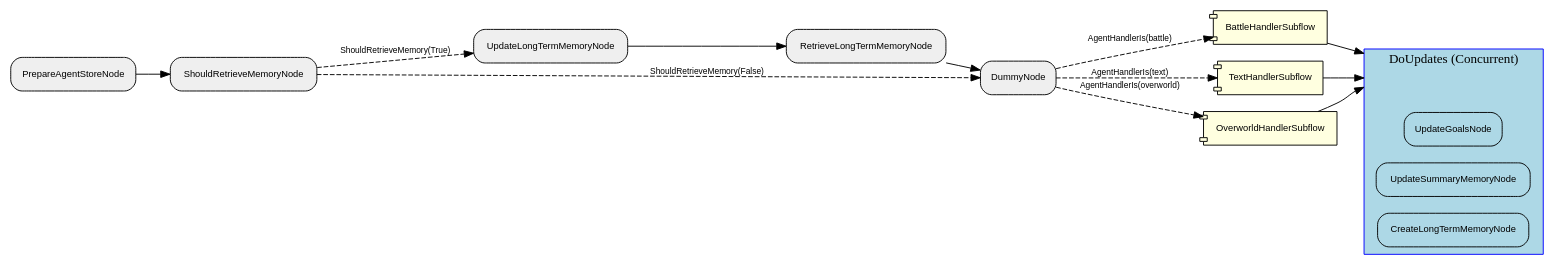
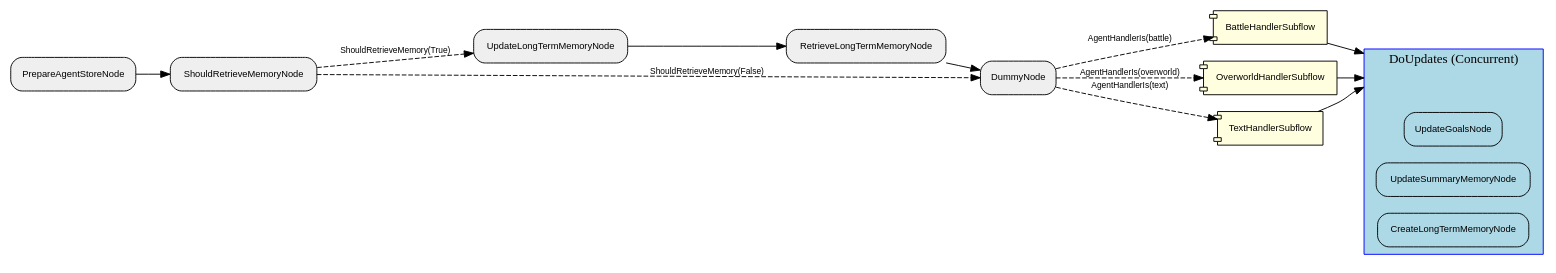
Before and after one commit to clambro/ai-plays-pokemon: the diagram in visualization/agent_graph/Graph.dot, drawn with Graphviz. The commit also changed 17 other files, not shown here.

```diff
--- a/visualization/agent_graph/Graph.dot
+++ b/visualization/agent_graph/Graph.dot
@@ -1,38 +1,38 @@
 digraph "G" {
   rankdir=LR;
   compound=true;
   node [shape=box, style="rounded,filled", fillcolor="#EFEFEF", fontname="Helvetica", fontsize=10];
   edge [fontname="Helvetica", fontsize=9];
-  subgraph "cluster_qDoGDJtS0AgbhEgyBbCUc" {
+  subgraph "cluster_QTCMXhWCzYIrMgjHrNOXO" {
     label="DoUpdates (Concurrent)";
     style="filled"; fillcolor="lightblue"; color="blue";
     node [fillcolor="lightblue", style="filled,rounded"];
-    "qDoGDJtS0AgbhEgyBbCUc__entry" [label="", shape=point, width=0.01, style=invis];
-    "qDoGDJtS0AgbhEgyBbCUc__exit"  [label="", shape=point, width=0.01, style=invis];
-    j37Fx8CXADLY5bj9npt88 [label="UpdateGoalsNode"];
-    Q2jSXwSlUuwExfnAlTm2X [label="UpdateSummaryMemoryNode"];
-    QttYqlZ458PXBvIRrfMUC [label="CreateLongTermMemoryNode"];
+    "QTCMXhWCzYIrMgjHrNOXO__entry" [label="", shape=point, width=0.01, style=invis];
+    "QTCMXhWCzYIrMgjHrNOXO__exit"  [label="", shape=point, width=0.01, style=invis];
+    oz3xRxIKuLcCmGVBAeNCE [label="UpdateGoalsNode"];
+    gYWqX6GNPJmAO9D9GNNMq [label="UpdateSummaryMemoryNode"];
+    "72Kvbh2FCIpwIISi6uXhs" [label="CreateLongTermMemoryNode"];
   }
-  QttYqlZ458PXBvIRrfMUC [label="CreateLongTermMemoryNode"];
-  NnLoSHMTe5Wya37sb2cCG [label="PrepareAgentStoreNode"];
-  UQfruWnEYb9ceMz1nVxEb [label="BattleHandlerSubflow", shape=component, style="filled,rounded", fillcolor="lightyellow"];
-  QKqcVGBRZ3VhKc6fS0juh [label="RetrieveLongTermMemoryNode"];
-  dBm2tcxPX7pCxCpd7irBK [label="TextHandlerSubflow", shape=component, style="filled,rounded", fillcolor="lightyellow"];
-  j37Fx8CXADLY5bj9npt88 [label="UpdateGoalsNode"];
-  TKZefZTN2Rh4zH4KFaxOu [label="UpdateLongTermMemoryNode"];
-  dvQ6FIq509Jub2hpFdZfG [label="ShouldRetrieveMemoryNode"];
-  Epz87OOSMZk5Lg23pJEw4 [label="OverworldHandlerSubflow", shape=component, style="filled,rounded", fillcolor="lightyellow"];
-  Q2jSXwSlUuwExfnAlTm2X [label="UpdateSummaryMemoryNode"];
-  OTzfokBXHYjigocECPJA7 [label="DummyNode"];
-  NnLoSHMTe5Wya37sb2cCG -> dvQ6FIq509Jub2hpFdZfG [style="solid"];
-  dvQ6FIq509Jub2hpFdZfG -> TKZefZTN2Rh4zH4KFaxOu [style="dashed", label="ShouldRetrieveMemory(True)"];
-  TKZefZTN2Rh4zH4KFaxOu -> QKqcVGBRZ3VhKc6fS0juh [style="solid"];
-  dvQ6FIq509Jub2hpFdZfG -> OTzfokBXHYjigocECPJA7 [style="dashed", label="ShouldRetrieveMemory(False)"];
-  QKqcVGBRZ3VhKc6fS0juh -> OTzfokBXHYjigocECPJA7 [style="solid"];
-  OTzfokBXHYjigocECPJA7 -> Epz87OOSMZk5Lg23pJEw4 [style="dashed", label="AgentHandlerIs(overworld)"];
-  OTzfokBXHYjigocECPJA7 -> UQfruWnEYb9ceMz1nVxEb [style="dashed", label="AgentHandlerIs(battle)"];
-  OTzfokBXHYjigocECPJA7 -> dBm2tcxPX7pCxCpd7irBK [style="dashed", label="AgentHandlerIs(text)"];
-  dBm2tcxPX7pCxCpd7irBK -> qDoGDJtS0AgbhEgyBbCUc__entry [lhead="cluster_qDoGDJtS0AgbhEgyBbCUc", style="solid"];
-  UQfruWnEYb9ceMz1nVxEb -> qDoGDJtS0AgbhEgyBbCUc__entry [lhead="cluster_qDoGDJtS0AgbhEgyBbCUc", style="solid"];
-  Epz87OOSMZk5Lg23pJEw4 -> qDoGDJtS0AgbhEgyBbCUc__entry [lhead="cluster_qDoGDJtS0AgbhEgyBbCUc", style="solid"];
+  ZZ5jba4lMseAE48z0azMj [label="BattleHandlerSubflow", shape=component, style="filled,rounded", fillcolor="lightyellow"];
+  v8G6r8VcX8j6r03tcu4Nd [label="UpdateLongTermMemoryNode"];
+  tAg16wO9SemsH1b947PFw [label="PrepareAgentStoreNode"];
+  "72Kvbh2FCIpwIISi6uXhs" [label="CreateLongTermMemoryNode"];
+  ePOfUZ9686hOu8dEt7tit [label="RetrieveLongTermMemoryNode"];
+  gYWqX6GNPJmAO9D9GNNMq [label="UpdateSummaryMemoryNode"];
+  oz3xRxIKuLcCmGVBAeNCE [label="UpdateGoalsNode"];
+  uSeyOP9mlQs1LI5jUODJ5 [label="DummyNode"];
+  gkJuX7z1TVPSPaVZ9wCl2 [label="ShouldRetrieveMemoryNode"];
+  "7bd8LUxLfYsThf9OY8vBD" [label="OverworldHandlerSubflow", shape=component, style="filled,rounded", fillcolor="lightyellow"];
+  HFVkTBDR4MALk7ails13Z [label="TextHandlerSubflow", shape=component, style="filled,rounded", fillcolor="lightyellow"];
+  tAg16wO9SemsH1b947PFw -> gkJuX7z1TVPSPaVZ9wCl2 [style="solid"];
+  gkJuX7z1TVPSPaVZ9wCl2 -> v8G6r8VcX8j6r03tcu4Nd [style="dashed", label="ShouldRetrieveMemory(True)"];
+  v8G6r8VcX8j6r03tcu4Nd -> ePOfUZ9686hOu8dEt7tit [style="solid"];
+  gkJuX7z1TVPSPaVZ9wCl2 -> uSeyOP9mlQs1LI5jUODJ5 [style="dashed", label="ShouldRetrieveMemory(False)"];
+  ePOfUZ9686hOu8dEt7tit -> uSeyOP9mlQs1LI5jUODJ5 [style="solid"];
+  uSeyOP9mlQs1LI5jUODJ5 -> "7bd8LUxLfYsThf9OY8vBD" [style="dashed", label="AgentHandlerIs(overworld)"];
+  uSeyOP9mlQs1LI5jUODJ5 -> ZZ5jba4lMseAE48z0azMj [style="dashed", label="AgentHandlerIs(battle)"];
+  uSeyOP9mlQs1LI5jUODJ5 -> HFVkTBDR4MALk7ails13Z [style="dashed", label="AgentHandlerIs(text)"];
+  HFVkTBDR4MALk7ails13Z -> QTCMXhWCzYIrMgjHrNOXO__entry [lhead="cluster_QTCMXhWCzYIrMgjHrNOXO", style="solid"];
+  ZZ5jba4lMseAE48z0azMj -> QTCMXhWCzYIrMgjHrNOXO__entry [lhead="cluster_QTCMXhWCzYIrMgjHrNOXO", style="solid"];
+  "7bd8LUxLfYsThf9OY8vBD" -> QTCMXhWCzYIrMgjHrNOXO__entry [lhead="cluster_QTCMXhWCzYIrMgjHrNOXO", style="solid"];
 }
```
